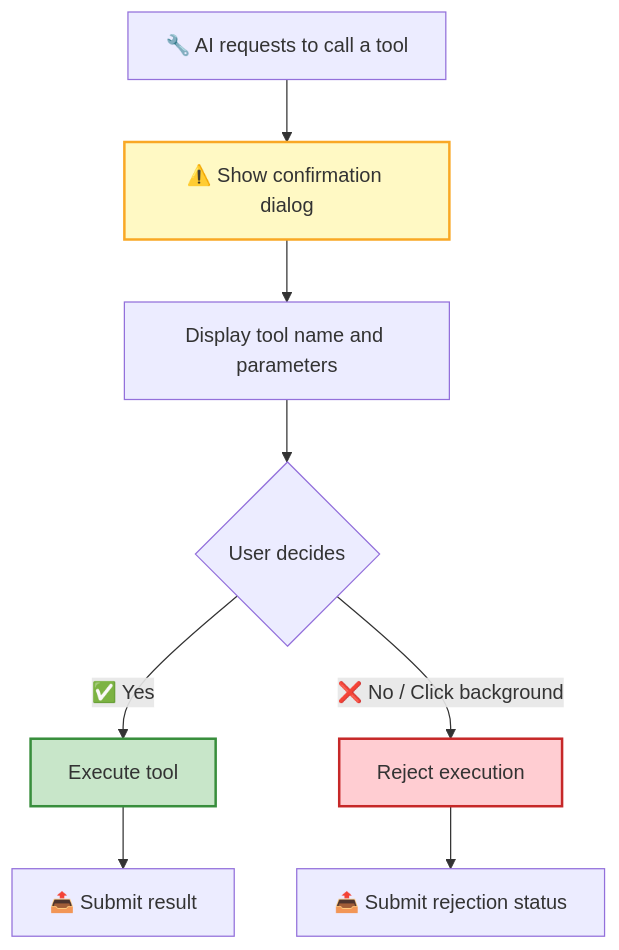
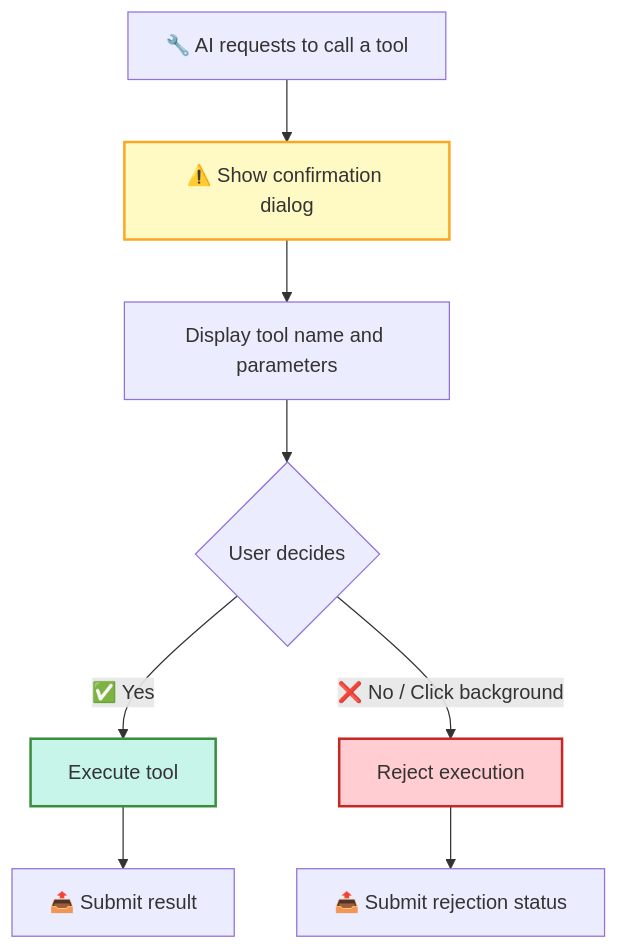
The eighth of 9 diagrams in src/content/docs/en/architecture/frontend.md (rtc-agent/docs), drawn with Mermaid before and after one commit. The commit also changed other lines of this file and 60 other files, not shown here.

First line of the commit message:
docs(site): refresh documentation with new sections and improved diagrams

````diff
--- a/src/content/docs/en/architecture/frontend.md
+++ b/src/content/docs/en/architecture/frontend.md
@@ -228,14 +232,14 @@
 ```mermaid
 flowchart TD
     A["🔧 AI requests to call a tool"] --> B["⚠️ Show confirmation dialog"]
     B --> C["Display tool name and parameters"]
     C --> D{"User decides"}
     D -->|"✅ Yes"| E["Execute tool"]
     D -->|"❌ No / Click background"| F["Reject execution"]
     E --> G["📤 Submit result"]
     F --> H["📤 Submit rejection status"]
 
     style B fill:#fff9c4,stroke:#f9a825,stroke-width:2px
-    style E fill:#c8e6c9,stroke:#388e3c,stroke-width:2px
+    style E fill:#c8f5e9,stroke:#388e3c,stroke-width:2px
     style F fill:#ffcdd2,stroke:#c62828,stroke-width:2px
 ```
````
